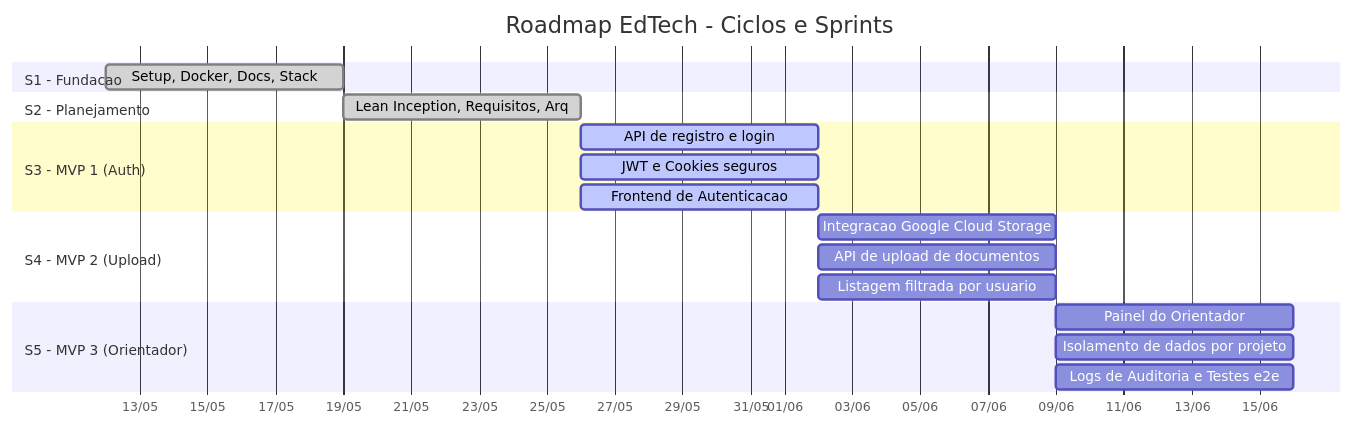
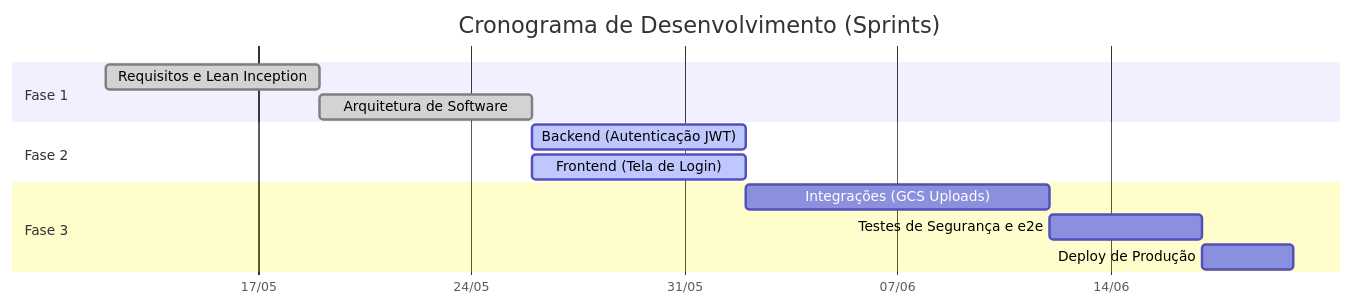
The first of 3 diagrams in docs/planejamento/cronograma.md (pedrohpsantos/EdTech), drawn with Mermaid before and after one commit. The commit also changed other lines of this file and 11 other files, not shown here.

Commit message:
refactor: update project documentation with standardized Mermaid diagrams and improved CSS styling

````diff
--- a/docs/planejamento/cronograma.md
+++ b/docs/planejamento/cronograma.md
@@ -9,27 +9,19 @@
 ```mermaid
 gantt
-    title Roadmap EdTech - Ciclos e Sprints
+    title Cronograma de Desenvolvimento (Sprints)
     dateFormat YYYY-MM-DD
     axisFormat %d/%m
 
-    section S1 - Fundacao
-        Setup, Docker, Docs, Stack          :done, s1, 2026-05-12, 7d
+    section Fase 1
+    Requisitos e Lean Inception      :done, f1, 2026-05-12, 7d
+    Arquitetura de Software          :done, f2, 2026-05-19, 7d
 
-    section S2 - Planejamento
-        Lean Inception, Requisitos, Arq     :done, s2, 2026-05-19, 7d
+    section Fase 2
+    Backend (Autenticação JWT)       :active, f3, 2026-05-26, 7d
+    Frontend (Tela de Login)         :active, f4, 2026-05-26, 7d
 
-    section S3 - MVP 1 (Auth)
-        API de registro e login             :active, s3a, 2026-05-26, 7d
-        JWT e Cookies seguros               :active, s3b, 2026-05-26, 7d
-        Frontend de Autenticacao            :active, s3c, 2026-05-26, 7d
-
-    section S4 - MVP 2 (Upload)
-        Integracao Google Cloud Storage     :s4a, 2026-06-02, 7d
-        API de upload de documentos         :s4b, 2026-06-02, 7d
-        Listagem filtrada por usuario       :s4c, 2026-06-02, 7d
-
-    section S5 - MVP 3 (Orientador)
-        Painel do Orientador                :s5a, 2026-06-09, 7d
-        Isolamento de dados por projeto     :s5b, 2026-06-09, 7d
-        Logs de Auditoria e Testes e2e      :s5c, 2026-06-09, 7d
+    section Fase 3
+    Integrações (GCS Uploads)        :f5, 2026-06-02, 10d
+    Testes de Segurança e e2e        :f6, 2026-06-12, 5d
+    Deploy de Produção               :f7, 2026-06-17, 3d
 ```
````
